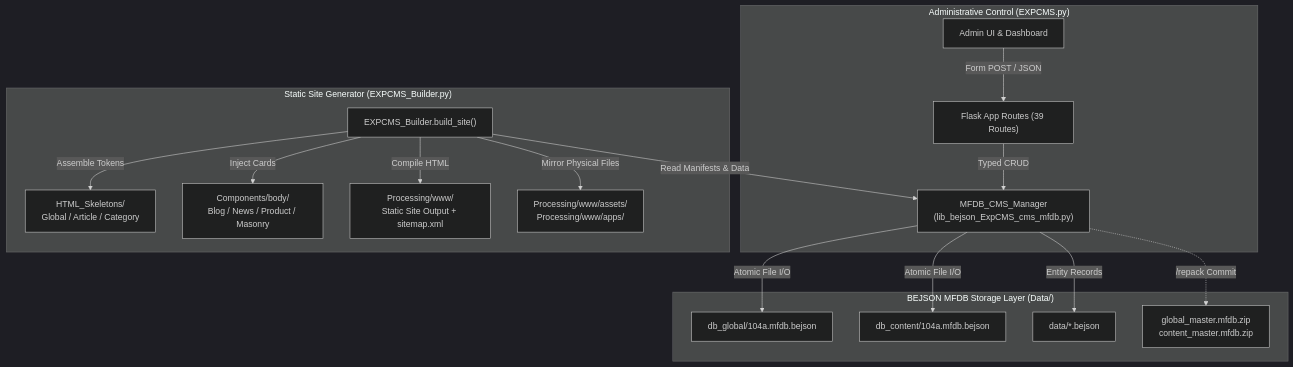
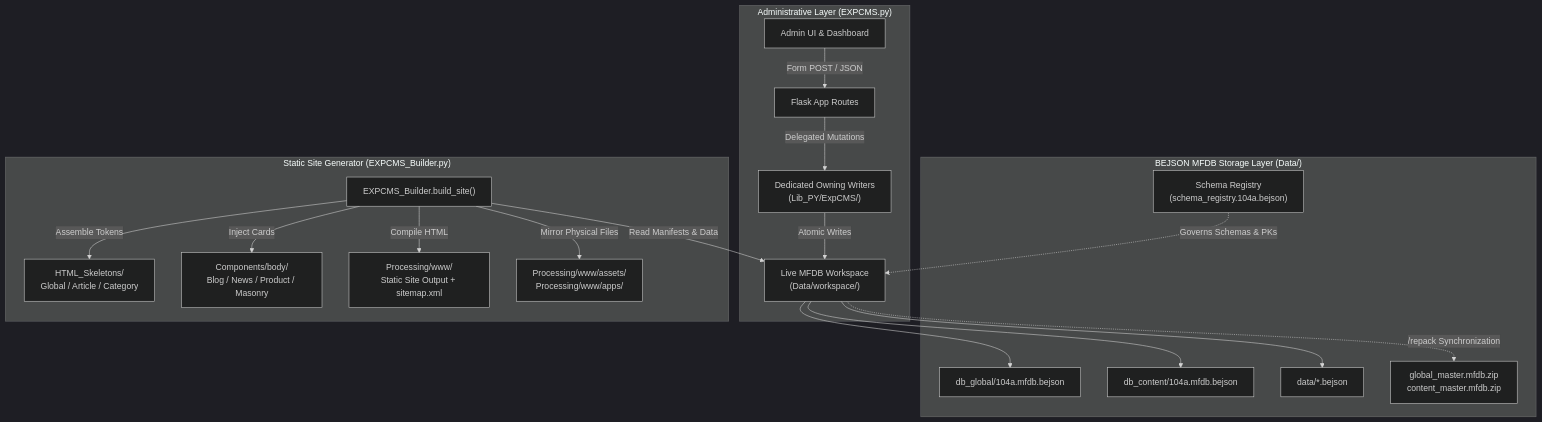
One commit to boehnenelton/Experimental_CMS changed the diagram in README.md. Above: the diagram before and after it, drawn with Mermaid (dark theme). The commit also changed other lines of this file and 14 other files, not shown here.

First line of the commit message:
docs(readme): enhance README with 420p visual UI tour, architecture diagrams, and testing guide

````diff
--- a/README.md
+++ b/README.md
@@ -115,22 +153,24 @@
 ```mermaid
 flowchart TD
-    subgraph Authoring["Administrative Control (EXPCMS.py)"]
-        UI["Admin UI & Dashboard"] -->|Form POST / JSON| Routes["Flask App Routes (39 Routes)"]
-        Routes -->|Typed CRUD| Manager["MFDB_CMS_Manager\n(lib_bejson_ExpCMS_cms_mfdb.py)"]
+    subgraph Authoring["Administrative Layer (EXPCMS.py)"]
+        UI["Admin UI & Dashboard"] -->|Form POST / JSON| Routes["Flask App Routes"]
+        Routes -->|Delegated Mutations| Writers["Dedicated Owning Writers\n(Lib_PY/ExpCMS/)"]
+        Writers -->|Atomic Writes| MFDB["Live MFDB Workspace\n(Data/workspace/)"]
     end
 
     subgraph Storage["BEJSON MFDB Storage Layer (Data/)"]
-        Manager -->|Atomic File I/O| ManifestGlobal["db_global/104a.mfdb.bejson"]
-        Manager -->|Atomic File I/O| ManifestContent["db_content/104a.mfdb.bejson"]
-        Manager -->|Entity Records| EntityFiles["data/*.bejson"]
-        Manager -.->|/repack Commit| MasterZips["global_master.mfdb.zip\ncontent_master.mfdb.zip"]
+        Registry["Schema Registry\n(schema_registry.104a.bejson)"] -.->|Governs Schemas & PKs| MFDB
+        MFDB --> ManifestGlobal["db_global/104a.mfdb.bejson"]
+        MFDB --> ManifestContent["db_content/104a.mfdb.bejson"]
+        MFDB --> EntityFiles["data/*.bejson"]
+        MFDB -.->|/repack Synchronization| MasterZips["global_master.mfdb.zip\ncontent_master.mfdb.zip"]
     end
 
     subgraph Compilation["Static Site Generator (EXPCMS_Builder.py)"]
-        Builder["EXPCMS_Builder.build_site()"] -->|Read Manifests & Data| Manager
+        Builder["EXPCMS_Builder.build_site()"] -->|Read Manifests & Data| MFDB
         Builder -->|Assemble Tokens| Skeletons["HTML_Skeletons/\nGlobal / Article / Category"]
         Builder -->|Inject Cards| Components["Components/body/\nBlog / News / Product / Masonry"]
         Builder -->|Compile HTML| Output["Processing/www/\nStatic Site Output + sitemap.xml"]
         Builder -->|Mirror Physical Files| OutputAssets["Processing/www/assets/\nProcessing/www/apps/"]
     end
 ```
````
